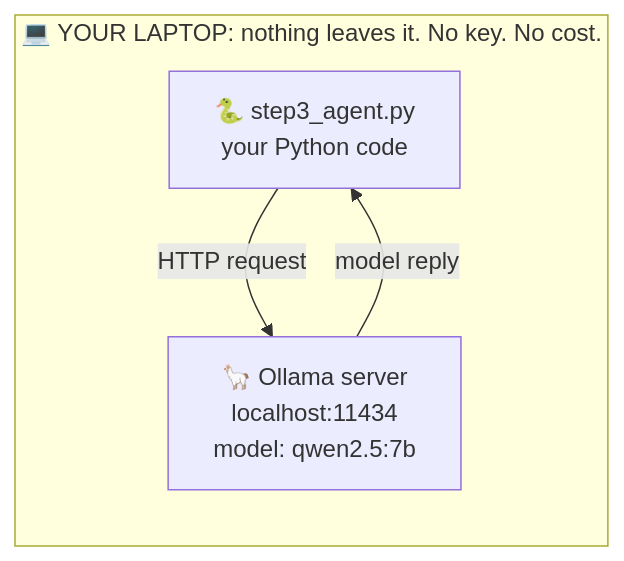
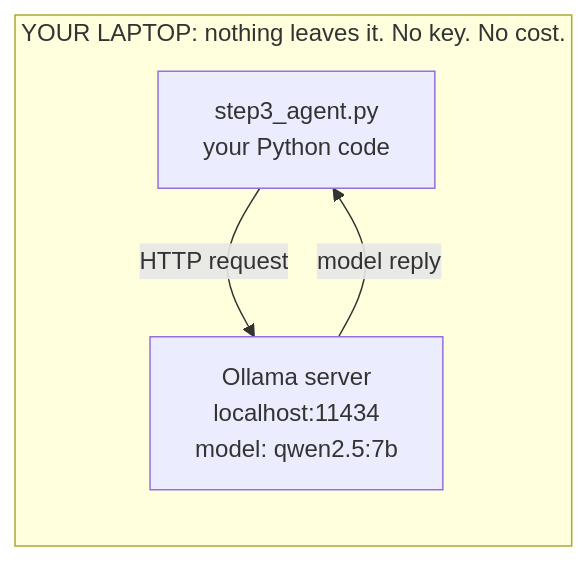
Before and after one commit to anandgaur22/ai-agent-python-demo: the tenth of 36 diagrams in README.md, drawn with Mermaid. The commit also changed other lines of this file, not shown here.

Commit message:
AI agent demo in Python with Ollama, Gemini and Groq

````diff
--- a/README.md
+++ b/README.md
@@ -436,7 +434,7 @@
 ```mermaid
 flowchart LR
-  subgraph LAP["💻 YOUR LAPTOP: nothing leaves it. No key. No cost."]
-    P["🐍 step3_agent.py<br/>your Python code"] -- "HTTP request" --> O["🦙 Ollama server<br/>localhost:11434<br/>model: qwen2.5:7b"]
+  subgraph LAP["YOUR LAPTOP: nothing leaves it. No key. No cost."]
+    P["step3_agent.py<br/>your Python code"] -- "HTTP request" --> O["Ollama server<br/>localhost:11434<br/>model: qwen2.5:7b"]
     O -- "model reply" --> P
   end
 ```
````
